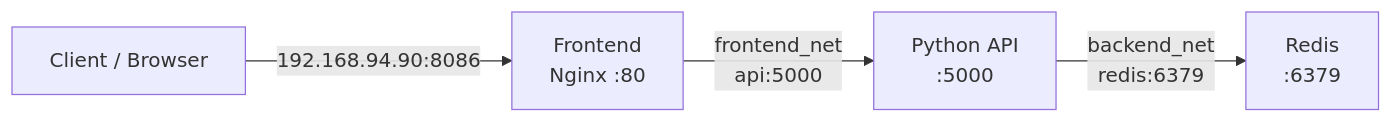
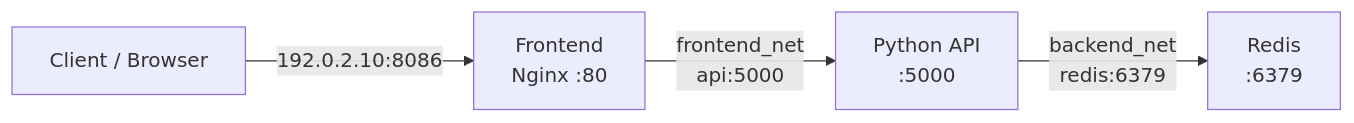
The diagram in session-36-networks/README.md (Arezoudehghan/docker-compose-labs), drawn with Mermaid before and after one commit. The commit also changed other lines of this file and 9 other files, not shown here.

````diff
--- a/session-36-networks/README.md
+++ b/session-36-networks/README.md
@@ -14,6 +14,6 @@
 ```mermaid
 flowchart LR
-    Client["Client / Browser"] -->|"192.168.94.90:8086"| Frontend["Frontend\nNginx :80"]
+    Client["Client / Browser"] -->|"192.0.2.10:8086"| Frontend["Frontend\nNginx :80"]
     Frontend -->|"frontend_net\napi:5000"| API["Python API\n:5000"]
     API -->|"backend_net\nredis:6379"| Redis["Redis\n:6379"]
 ```
````
